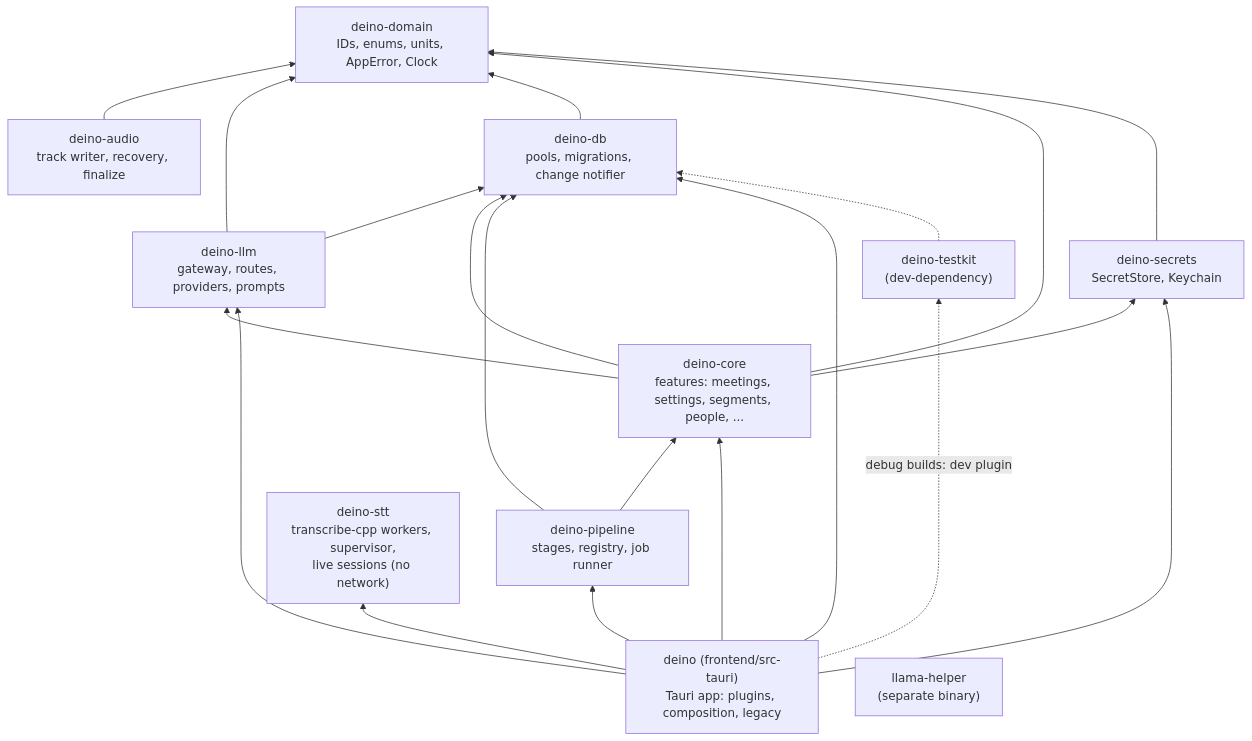
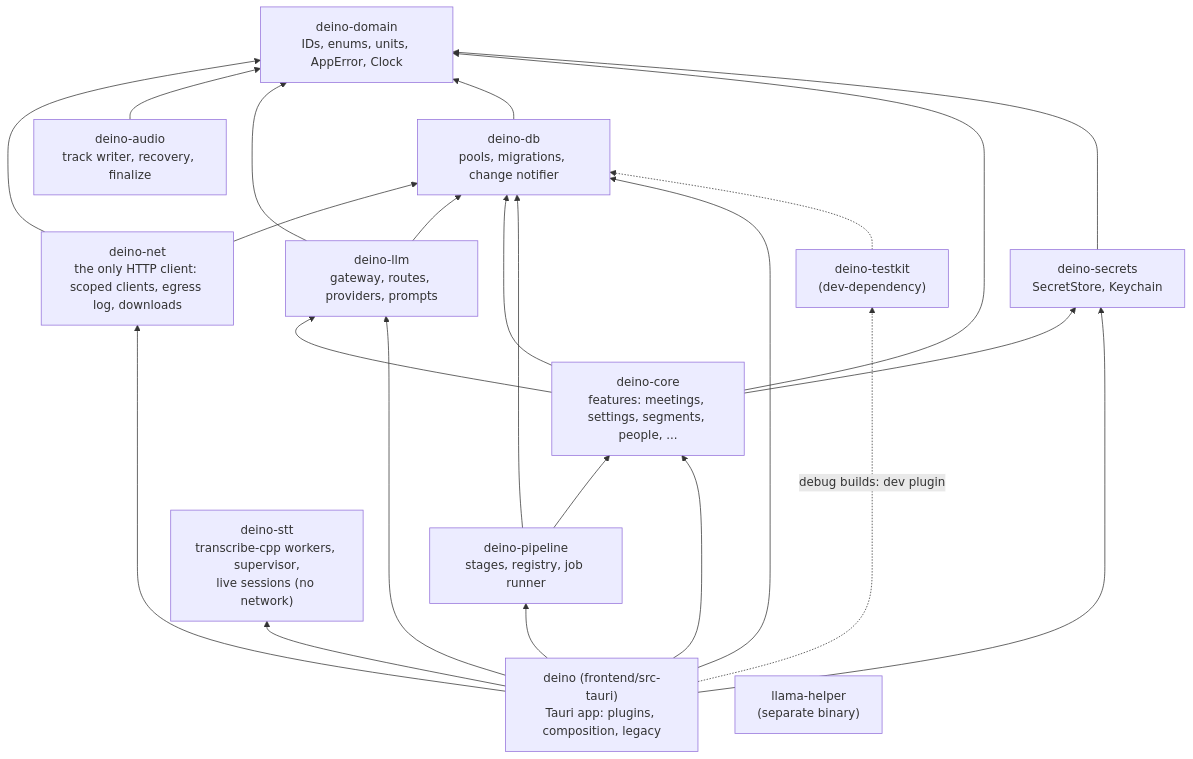
The second of 8 diagrams in docs/ARCHITECTURE.md (xenshreyas/Deino), drawn with Mermaid before and after one commit. The commit also changed other lines of this file and 4 other files, not shown here.

Commit message:
docs: FND-12 network egress in the architecture, ADR 0019, CLAUDE.md and plan

````diff
--- a/docs/ARCHITECTURE.md
+++ b/docs/ARCHITECTURE.md
@@ -50,33 +54,37 @@
 ```mermaid
 flowchart BT
   domain["deino-domain<br/>IDs, enums, units, AppError, Clock"]
   db["deino-db<br/>pools, migrations, change notifier"]
   core["deino-core<br/>features: meetings, settings, segments, people, ..."]
   secrets["deino-secrets<br/>SecretStore, Keychain"]
   pipeline["deino-pipeline<br/>stages, registry, job runner"]
   testkit["deino-testkit<br/>(dev-dependency)"]
   stt["deino-stt<br/>transcribe-cpp workers, supervisor,<br/>live sessions (no network)"]
   app["deino (frontend/src-tauri)<br/>Tauri app: plugins, composition, legacy"]
   helper["llama-helper<br/>(separate binary)"]
   audio["deino-audio<br/>track writer, recovery, finalize"]
   llm["deino-llm<br/>gateway, routes, providers, prompts"]
+  net["deino-net<br/>the only HTTP client: scoped clients, egress log, downloads"]
+  net --> db
+  net --> domain
+  app --> net
   audio --> domain
   llm --> db
   llm --> domain
   core --> llm
   app --> llm
   db --> domain
   core --> db
   core --> domain
   core --> secrets
   secrets --> domain
   pipeline --> core
   pipeline --> db
   app --> pipeline
   app --> core
   app --> db
   app --> secrets
   app --> stt
   app -. "debug builds: dev plugin" .-> testkit
   testkit -.-> db
 ```
````
